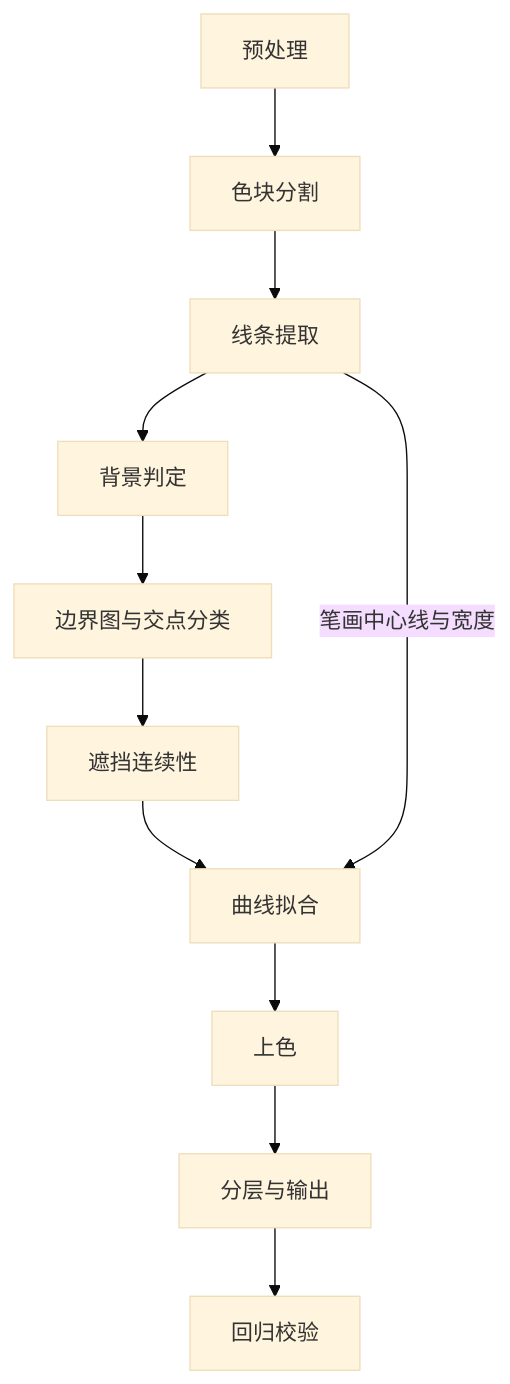
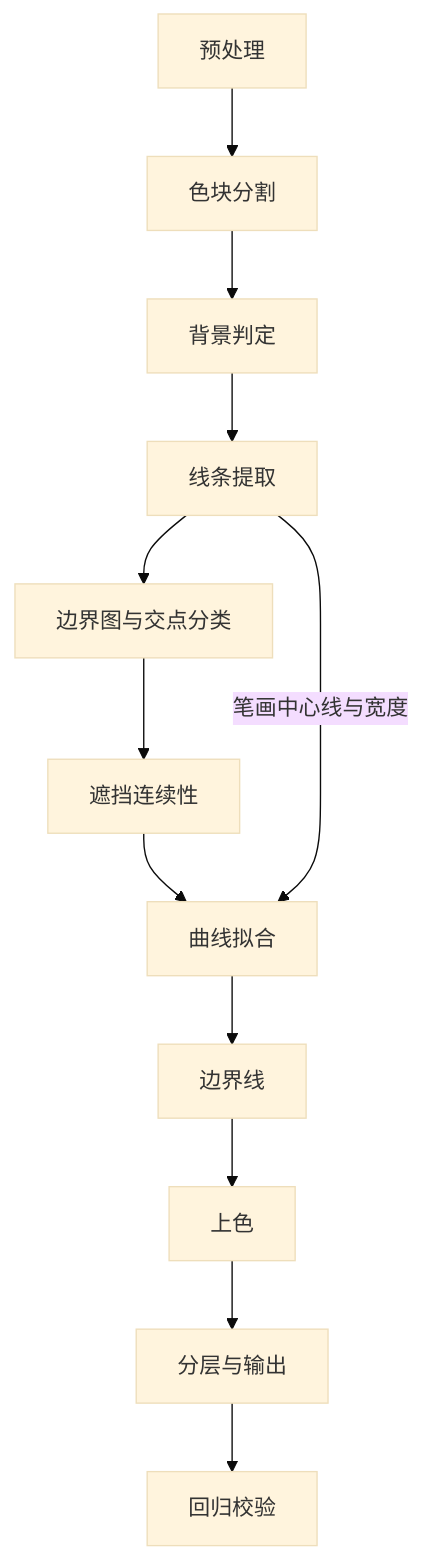
The diagram in design.md (tanhHeng/grok-avatar2svg), drawn with Mermaid (base theme) before and after one commit. The commit also changed other lines of this file and 1 other file, not shown here.

````diff
--- a/design.md
+++ b/design.md
@@ -42,13 +42,14 @@
 ```mermaid
 flowchart TD
     A[预处理] --> B[色块分割]
-    B --> C[线条提取]
-    C --> D[背景判定]
-    D --> E[边界图与交点分类]
+    B --> D[背景判定]
+    D --> C[线条提取]
+    C --> E[边界图与交点分类]
     E --> O[遮挡连续性]
     O --> F[曲线拟合]
-    F --> G[上色]
+    F --> L[边界线]
+    L --> G[上色]
     G --> H[分层与输出]
     H --> I[回归校验]
     C -- 笔画中心线与宽度 --> F
 ```
````
